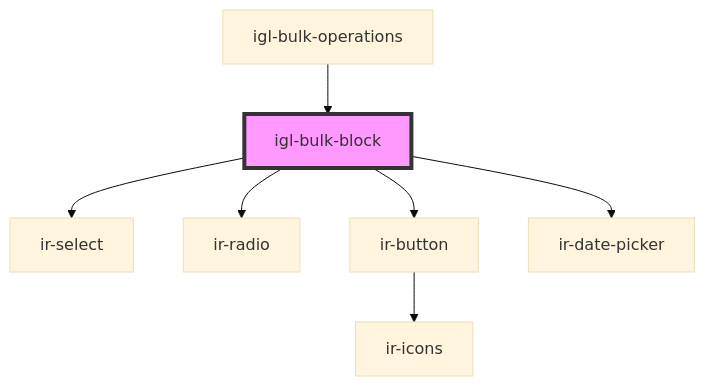
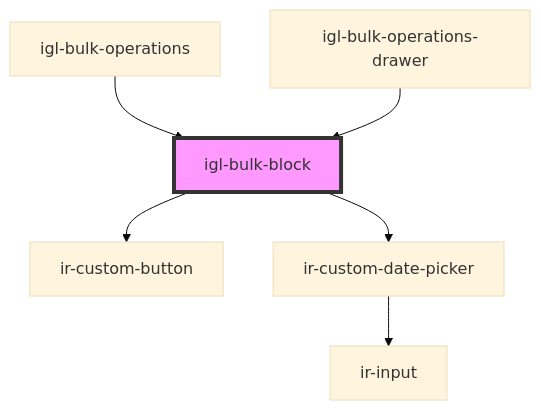
Before and after one commit to RonyRizk/ir-webcmp: the diagram in src/components/igloo-calendar/igl-bulk-operations/igl-bulk-block/readme.md, drawn with Mermaid (base theme). The commit also changed other lines of this file and 32 other files, not shown here.

````diff
--- a/src/components/igloo-calendar/igl-bulk-operations/igl-bulk-block/readme.md
+++ b/src/components/igloo-calendar/igl-bulk-operations/igl-bulk-block/readme.md
@@ -38,10 +39,9 @@
 ```mermaid
 graph TD;
-  igl-bulk-block --> ir-select
-  igl-bulk-block --> ir-radio
-  igl-bulk-block --> ir-button
-  igl-bulk-block --> ir-date-picker
-  ir-button --> ir-icons
+  igl-bulk-block --> ir-custom-button
+  igl-bulk-block --> ir-custom-date-picker
+  ir-custom-date-picker --> ir-input
   igl-bulk-operations --> igl-bulk-block
+  igl-bulk-operations-drawer --> igl-bulk-block
   style igl-bulk-block fill:#f9f,stroke:#333,stroke-width:4px
 ```
````
